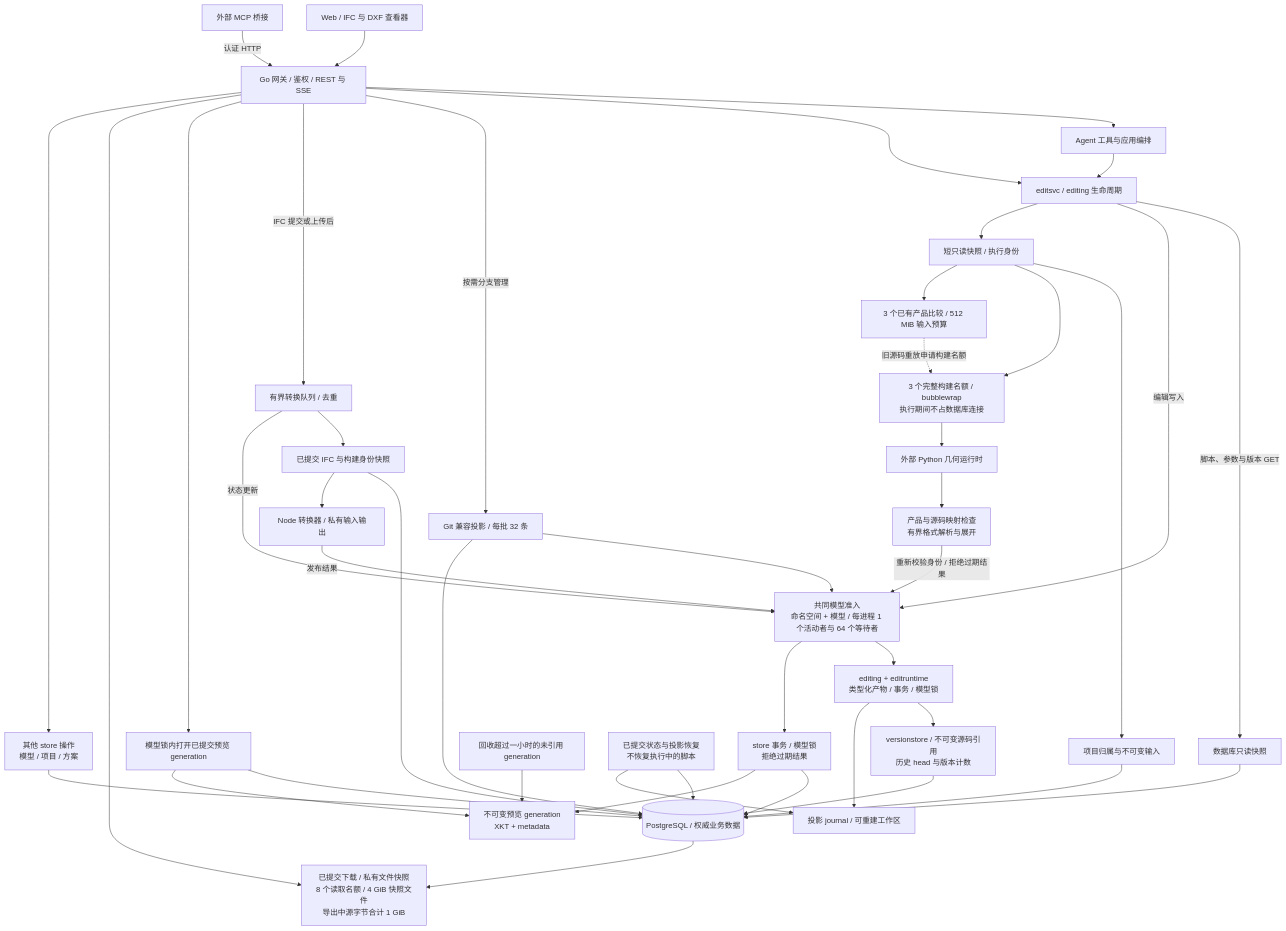
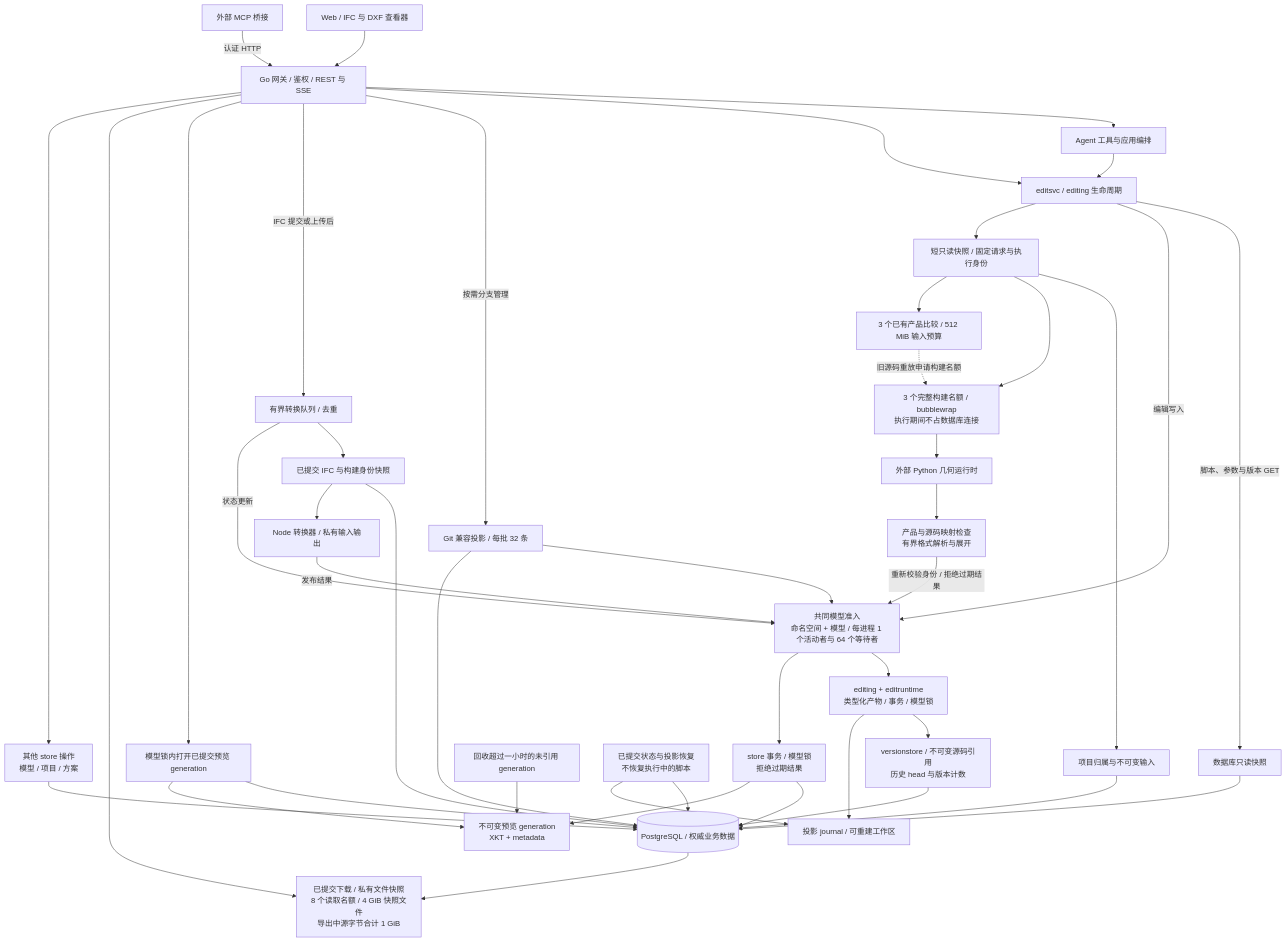
One commit to 0702hjj/SourceAEC changed the first of 2 diagrams in README.zh-CN.md. Above: the diagram before and after it, drawn with Mermaid. The commit also changed other lines of this file and 7 other files, not shown here.

````diff
--- a/README.zh-CN.md
+++ b/README.zh-CN.md
@@ -16,46 +16,46 @@
 ```mermaid
 flowchart TB
     WEB[Web / IFC 与 DXF 查看器] --> API[Go 网关 / 鉴权 / REST 与 SSE]
     MCP[外部 MCP 桥接] -->|认证 HTTP| API
     API --> AGENT[Agent 工具与应用编排]
     API --> EDIT[editsvc / editing 生命周期]
     AGENT --> EDIT
     EDIT -->|脚本、参数与版本 GET| READ[数据库只读快照]
     READ --> PG[(PostgreSQL / 权威业务数据)]
     EDIT -->|编辑写入| GATE[共同模型准入<br/>命名空间 + 模型 / 每进程 1 个活动者与 64 个等待者]
     GATE --> WRITE[editing + editruntime<br/>类型化产物 / 事务 / 模型锁]
     WRITE --> VERSION[versionstore / 不可变源码引用<br/>历史 head 与版本计数]
     VERSION --> PG
     API -->|按需分支管理| GIT[Git 兼容投影 / 每批 32 条]
     GIT --> GATE
     GIT --> PG
-    EDIT --> PREP[短只读快照 / 执行身份]
+    EDIT --> PREP[短只读快照 / 固定请求与执行身份]
     PREP --> INPUT[项目归属与不可变输入]
     INPUT --> PG
     PREP --> SANDBOX[3 个完整构建名额 / bubblewrap<br/>执行期间不占数据库连接]
     PREP --> COMPARE[3 个已有产品比较 / 512 MiB 输入预算]
     COMPARE -.->|旧源码重放申请构建名额| SANDBOX
     SANDBOX --> PY[外部 Python 几何运行时]
     PY --> INSPECT[产品与源码映射检查<br/>有界格式解析与展开]
     INSPECT -->|重新校验身份 / 拒绝过期结果| GATE
     WRITE --> JOURNAL[投影 journal / 可重建工作区]
     API -->|IFC 提交或上传后| QUEUE[有界转换队列 / 去重]
     QUEUE --> SOURCE[已提交 IFC 与构建身份快照]
     SOURCE --> PG
     SOURCE --> NODE[Node 转换器 / 私有输入输出]
     NODE -->|发布结果| GATE
     QUEUE -->|状态更新| GATE
     GATE --> DERIVED[store 事务 / 模型锁<br/>拒绝过期结果]
     DERIVED --> PG
     DERIVED --> CACHE[不可变预览 generation<br/>XKT + metadata]
     API --> VIEW[模型锁内打开已提交预览 generation]
     VIEW --> PG
     VIEW --> CACHE
     API --> DOWNLOAD[已提交下载 / 私有文件快照<br/>8 个读取名额 / 4 GiB 快照文件<br/>导出中源字节合计 1 GiB]
     PG --> DOWNLOAD
     GC[回收超过一小时的未引用 generation] --> CACHE
     RECOVER[已提交状态与投影恢复<br/>不恢复执行中的脚本] --> PG
     RECOVER --> JOURNAL
     API --> OTHER[其他 store 操作<br/>模型 / 项目 / 方案]
     OTHER --> PG
 ```
````
